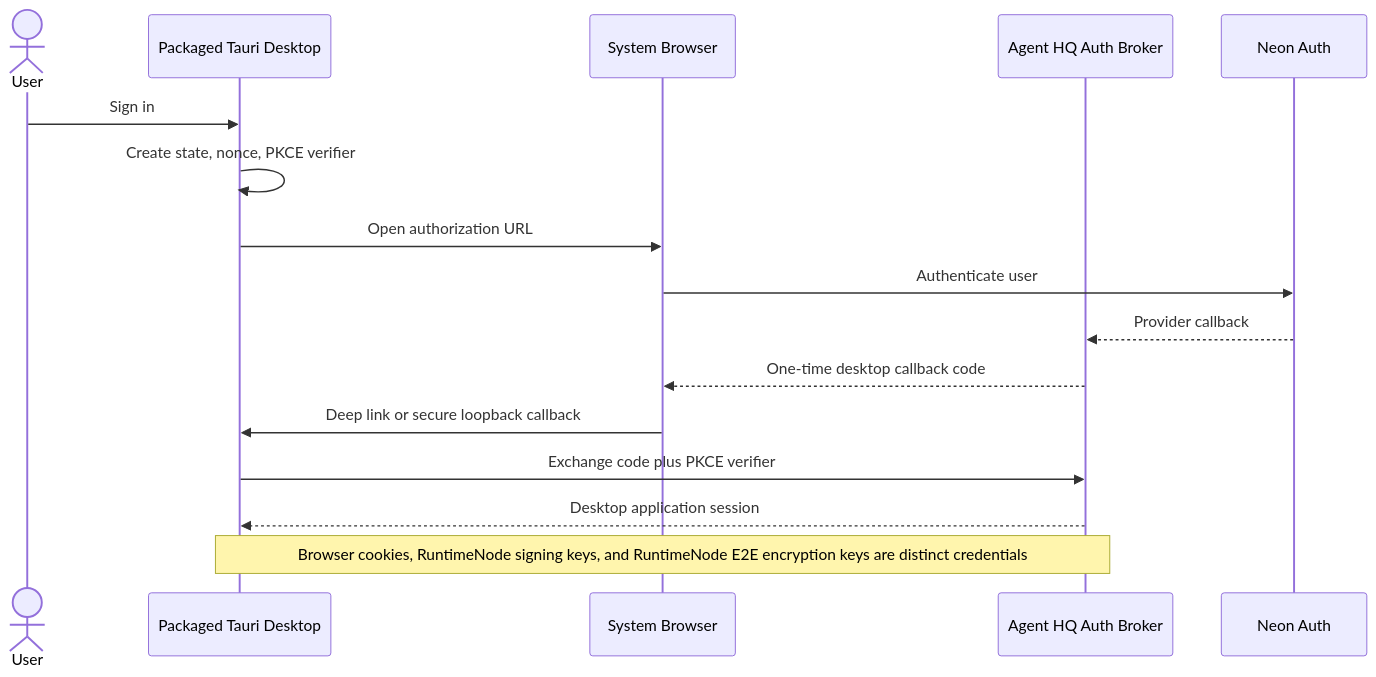
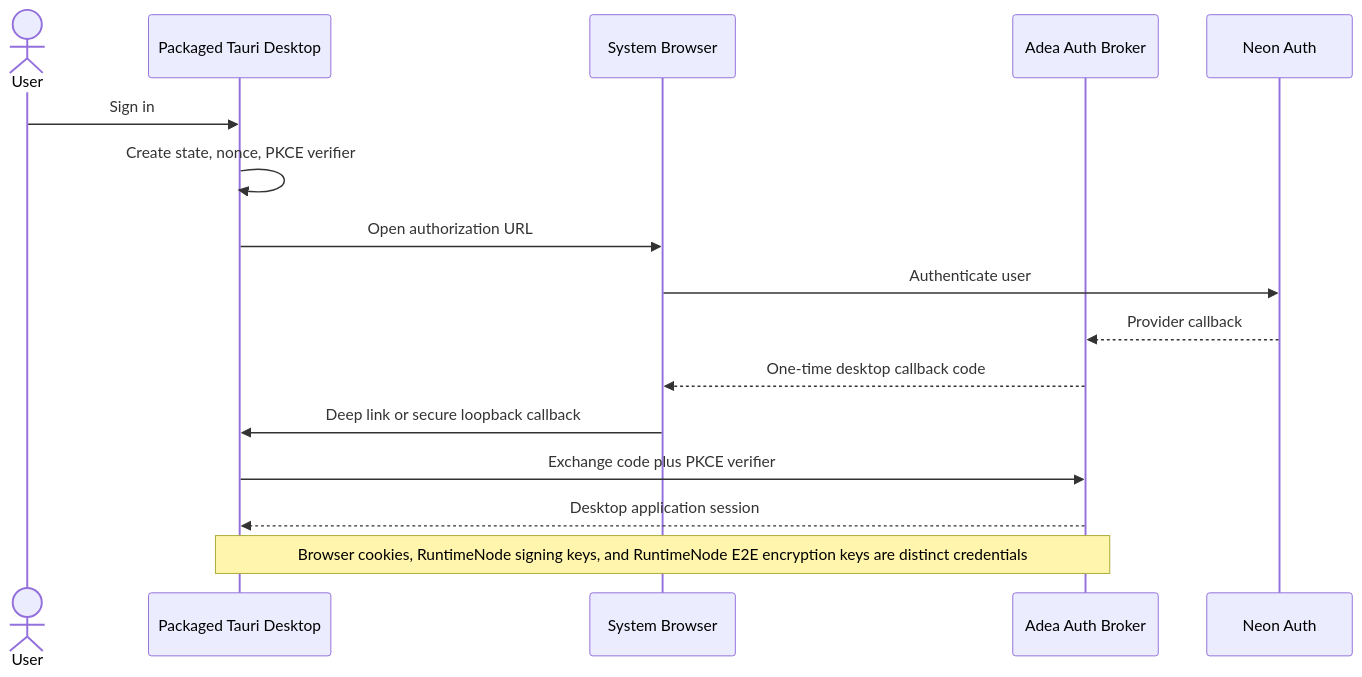
Diagram 13 of 18 in docs/architecture/diagram-sources.md (adea-ai/adea), drawn with Mermaid before and after one commit. The commit also changed other lines of this file and 72 other files, not shown here.

Commit message:
chore(brand): rename user-visible Agent HQ strings to Adea (#257)

````diff
--- a/docs/architecture/diagram-sources.md
+++ b/docs/architecture/diagram-sources.md
@@ -457,18 +457,18 @@
 ```mermaid
 sequenceDiagram
     actor U as User
     participant D as Packaged Tauri Desktop
     participant B as System Browser
-    participant A as Agent HQ Auth Broker
+    participant A as Adea Auth Broker
     participant N as Neon Auth
     U->>D: Sign in
     D->>D: Create state, nonce, PKCE verifier
     D->>B: Open authorization URL
     B->>N: Authenticate user
     N-->>A: Provider callback
     A-->>B: One-time desktop callback code
     B->>D: Deep link or secure loopback callback
     D->>A: Exchange code plus PKCE verifier
     A-->>D: Desktop application session
     Note over D,A: Browser cookies, RuntimeNode signing keys, and RuntimeNode E2E encryption keys are distinct credentials
 ```
````
